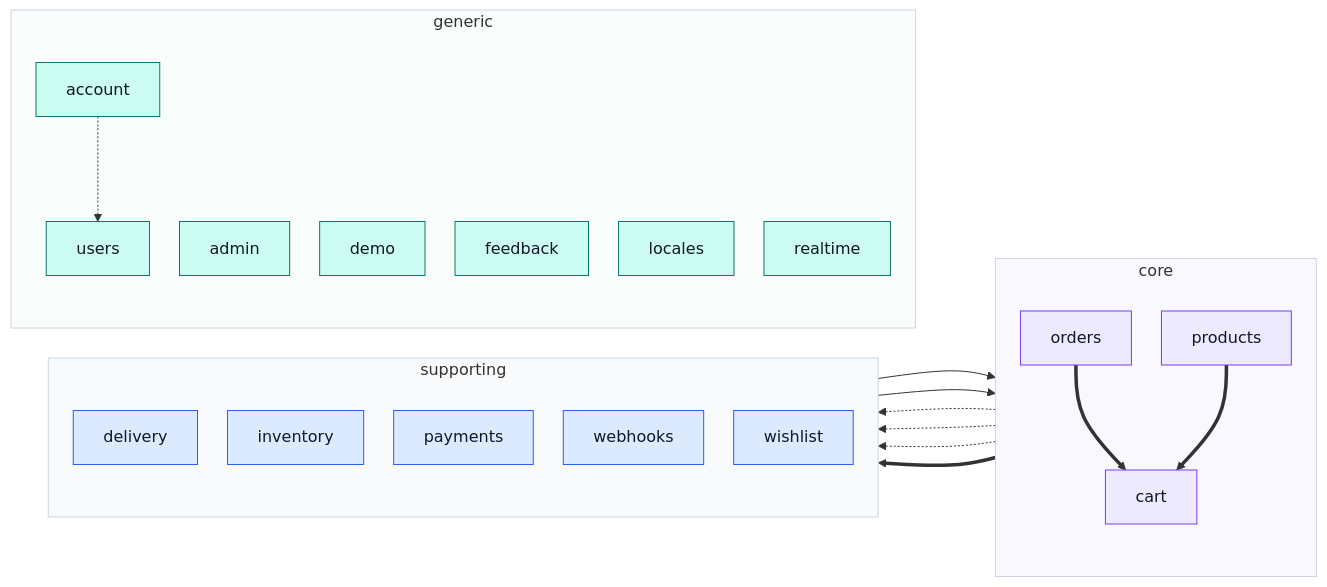
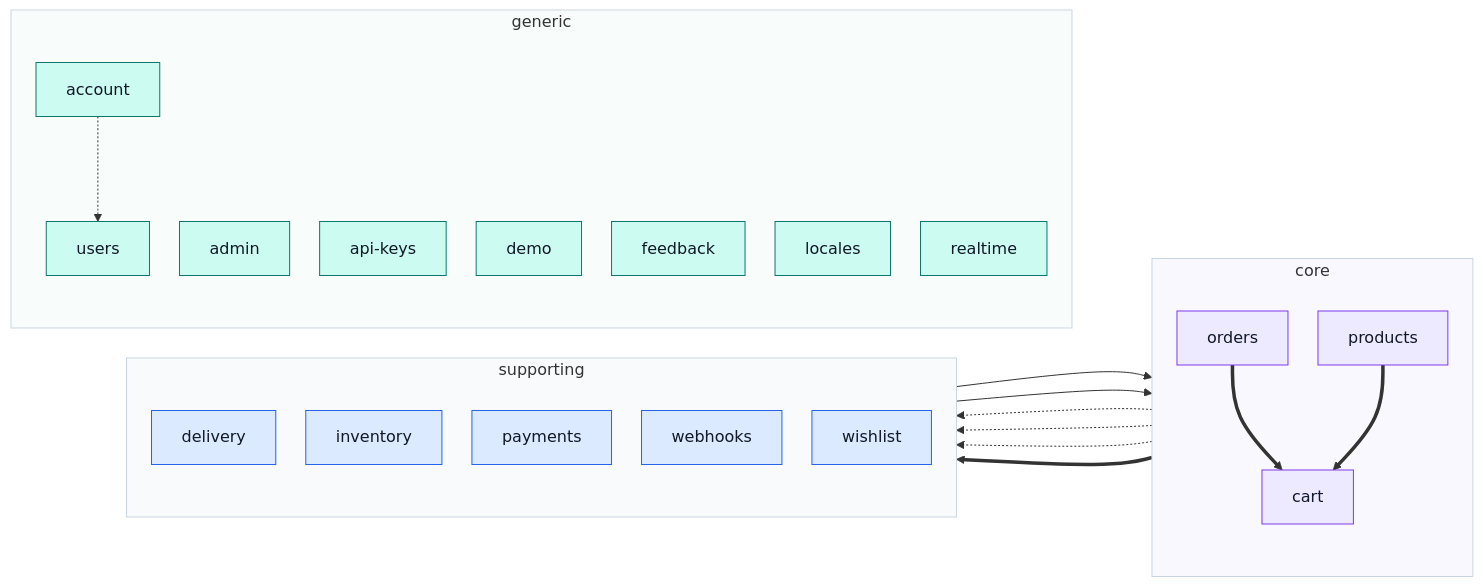
The diagram in docs/modules/index.md (Guebbit/boilerplate-vue-frontend), drawn with Mermaid before and after one commit. The commit also changed other lines of this file and 3 other files, not shown here.

First line of the commit message:
docs(api-keys): document the new module and the shared secret modal

````diff
--- a/docs/modules/index.md
+++ b/docs/modules/index.md
@@ -34,47 +34,48 @@
 ```mermaid
 %%{init: {'flowchart': {'nodeSpacing': 30, 'rankSpacing': 80}}}%%
 flowchart LR
     subgraph CORE["core"]
         direction TB
         cart["cart"]
         orders["orders"]
         products["products"]
     end
     subgraph SUPPORTING["supporting"]
         direction TB
         delivery["delivery"]
         inventory["inventory"]
         payments["payments"]
         webhooks["webhooks"]
         wishlist["wishlist"]
     end
     subgraph GENERIC["generic"]
         direction TB
         account["account"]
         admin["admin"]
+        apiKeys["api-keys"]
         demo["demo"]
         feedback["feedback"]
         locales["locales"]
         realtime["realtime"]
         users["users"]
     end
     account -.-> users
     cart -.-> delivery
     inventory --> products
     orders ==> cart
     orders -.-> delivery
     orders -.-> payments
     products ==> cart
     products ==> wishlist
     wishlist --> cart
 
     classDef core fill:#ede9fe,stroke:#7c3aed,color:#111827;
     classDef supporting fill:#dbeafe,stroke:#2563eb,color:#111827;
     classDef generic fill:#ccfbf1,stroke:#0f766e,color:#111827;
     class cart,orders,products core;
     class delivery,inventory,payments,webhooks,wishlist supporting;
-    class account,admin,demo,feedback,locales,realtime,users generic;
+    class account,admin,apiKeys,demo,feedback,locales,realtime,users generic;
     style CORE fill:#faf8ff,stroke:#cbd5e1
     style SUPPORTING fill:#f8fafc,stroke:#cbd5e1
     style GENERIC fill:#f8fdfc,stroke:#cbd5e1
 ```
````
